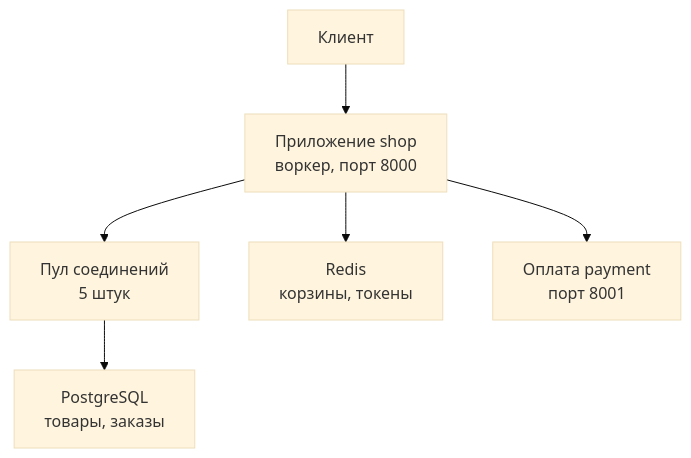
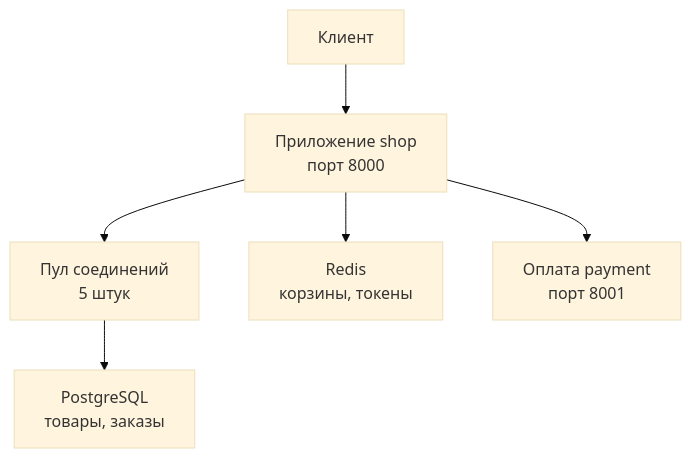
One commit to distinguished-sre/load-tester changed the first of 2 diagrams in 02-web/03-backend-anatomy.md. Above: the diagram before and after it, drawn with Mermaid (base theme). The commit also changed other lines of this file and 3 other files, not shown here.

````diff
--- a/02-web/03-backend-anatomy.md
+++ b/02-web/03-backend-anatomy.md
@@ -31,8 +33,8 @@
 ```mermaid
 flowchart TD
-    C["Клиент"] --> A["Приложение shop<br/>воркер, порт 8000"]
+    C["Клиент"] --> A["Приложение shop<br/>порт 8000"]
     A --> P["Пул соединений<br/>5 штук"]
     P --> DB["PostgreSQL<br/>товары, заказы"]
     A --> R["Redis<br/>корзины, токены"]
     A --> PAY["Оплата payment<br/>порт 8001"]
 ```
````
